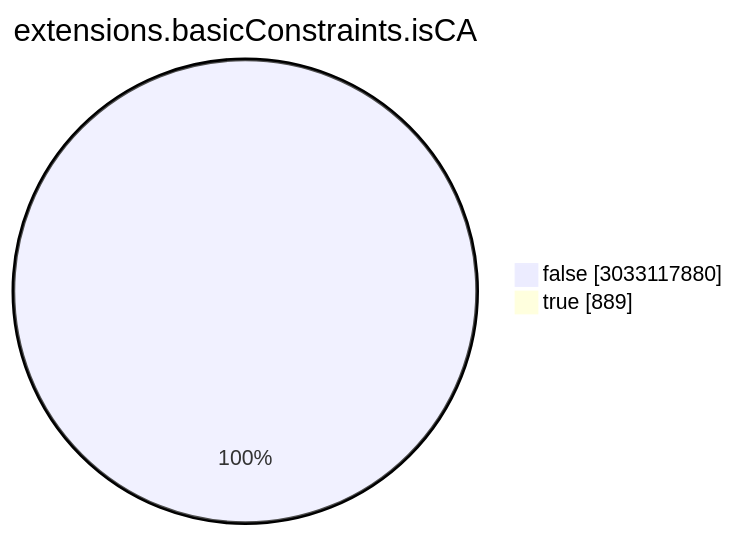
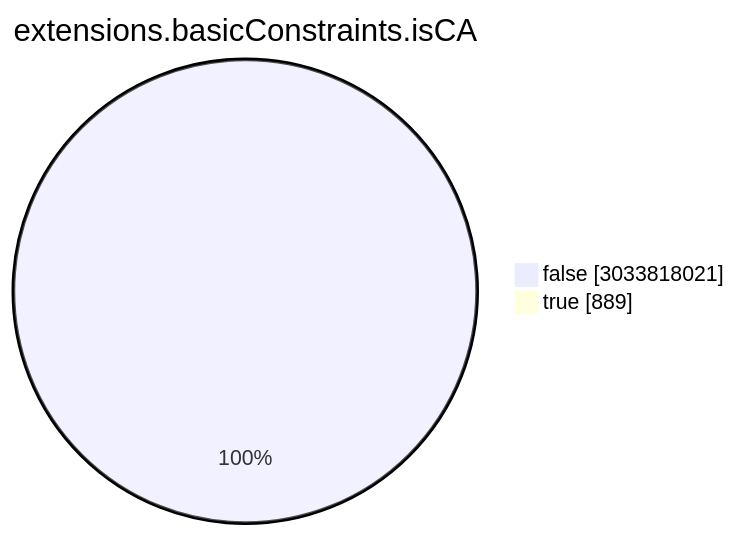
The seventh of 15 diagrams in TOTAL/README.md (christiankrug/ctmonitor_visualization), drawn with Mermaid before and after one commit. The commit also changed other lines of this file, not shown here.

````diff
--- a/TOTAL/README.md
+++ b/TOTAL/README.md
@@ -3088,6 +3088,6 @@
 ```mermaid
 pie showData
 title extensions.basicConstraints.isCA
-"false" :3033117880
+"false" :3033818021
 "true" :889
 ```
````
